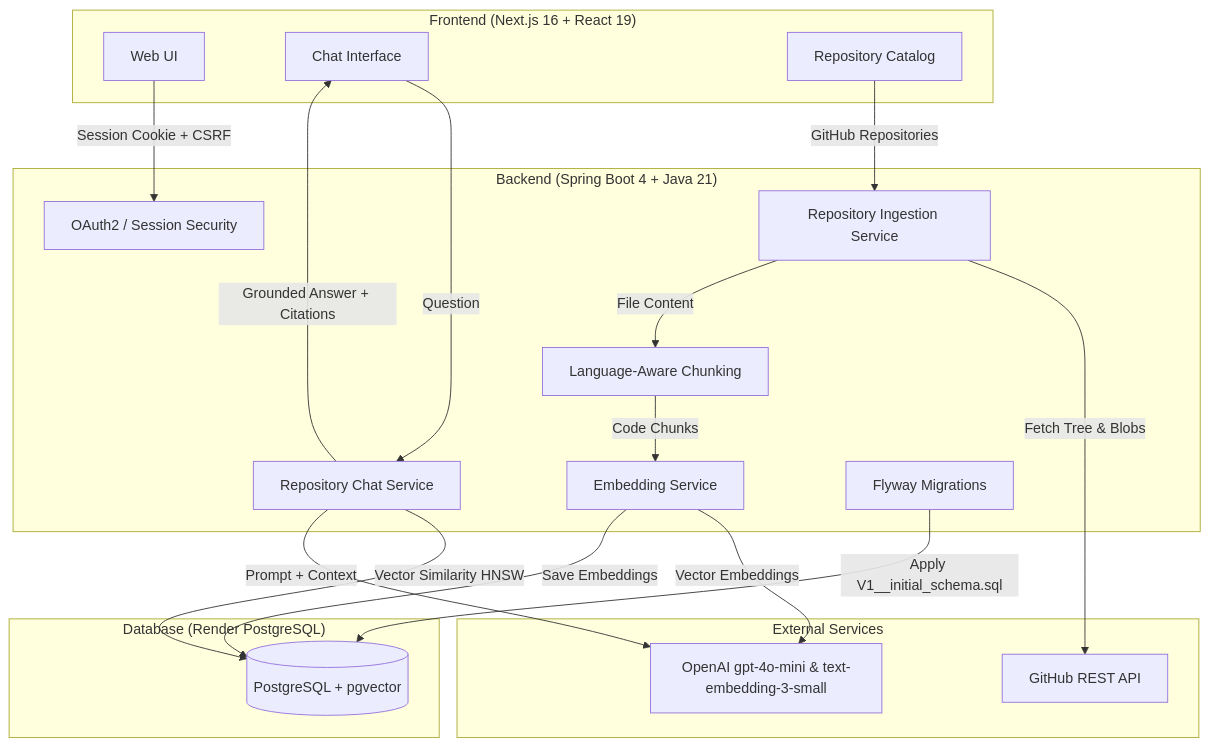
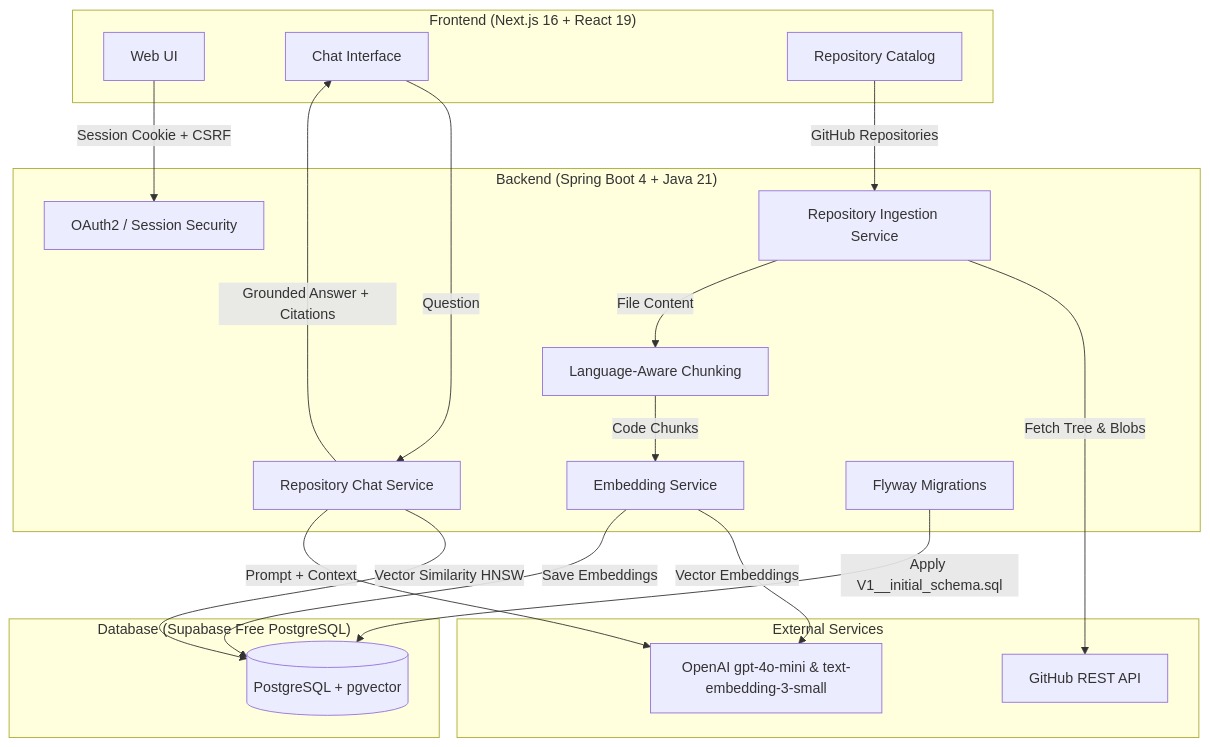
One commit to adityasinha513/DevPilot changed the diagram in README.md. Above: the diagram before and after it, drawn with Mermaid. The commit also changed other lines of this file and 3 other files, not shown here.

Commit message:
chore(deploy): use Supabase PostgreSQL for free hosting

````diff
--- a/README.md
+++ b/README.md
@@ -9,39 +9,39 @@
 ```mermaid
 flowchart TD
     subgraph Client ["Frontend (Next.js 16 + React 19)"]
         UI[Web UI]
         Chat[Chat Interface]
         Cat[Repository Catalog]
     end
 
     subgraph Backend ["Backend (Spring Boot 4 + Java 21)"]
         Auth[OAuth2 / Session Security]
         Ingest[Repository Ingestion Service]
         Chunker[Language-Aware Chunking]
         Embed[Embedding Service]
         ChatSvc[Repository Chat Service]
         Flyway[Flyway Migrations]
     end
 
     subgraph External ["External Services"]
         GH[GitHub REST API]
         OAI[OpenAI gpt-4o-mini & text-embedding-3-small]
     end
 
-    subgraph Storage ["Database (Render PostgreSQL)"]
+    subgraph Storage ["Database (Supabase Free PostgreSQL)"]
         PG[(PostgreSQL + pgvector)]
     end
 
     UI -->|Session Cookie + CSRF| Auth
     Cat -->|GitHub Repositories| Ingest
     Ingest -->|Fetch Tree & Blobs| GH
     Ingest -->|File Content| Chunker
     Chunker -->|Code Chunks| Embed
     Embed -->|Vector Embeddings| OAI
     Embed -->|Save Embeddings| PG
     Chat -->|Question| ChatSvc
     ChatSvc -->|Vector Similarity HNSW| PG
     ChatSvc -->|Prompt + Context| OAI
     ChatSvc -->|Grounded Answer + Citations| Chat
     Flyway -->|Apply V1__initial_schema.sql| PG
 ```
````
